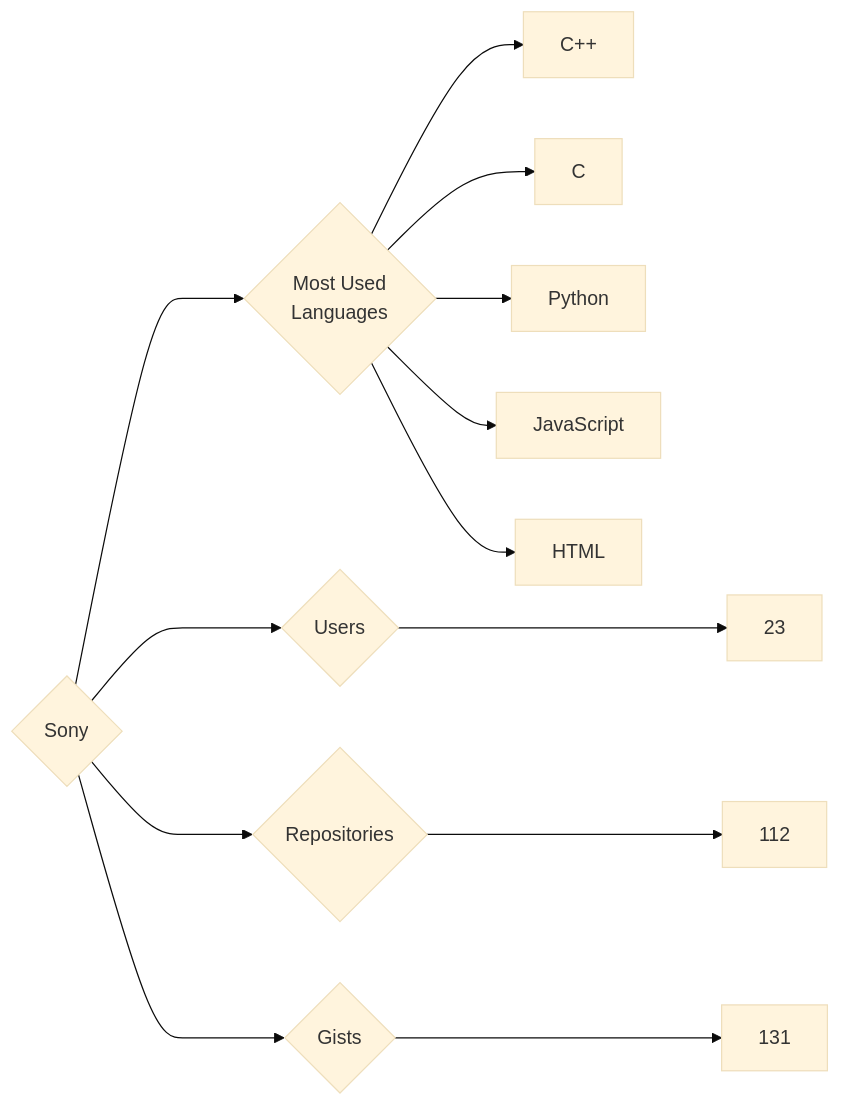
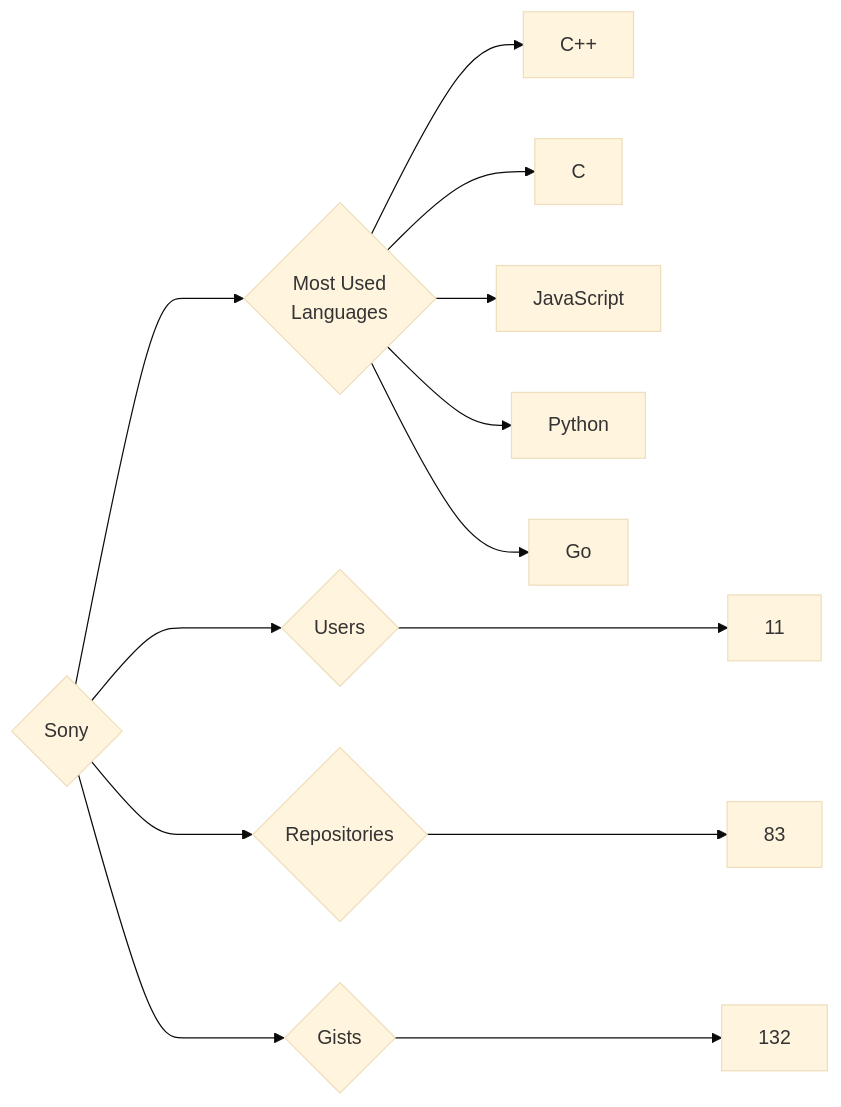
One commit to trickest/insiders changed the diagram in targets/Sony/README.md. Above: the diagram before and after it, drawn with Mermaid (base theme). The commit also changed 940 other files, not shown here.

````diff
--- a/targets/Sony/README.md
+++ b/targets/Sony/README.md
@@ -3,13 +3,13 @@
 ```mermaid
 graph LR
 COMPANY_NAME{Sony}
-COMPANY_NAME ---> U{Users} ---> UN[23]
-COMPANY_NAME ---> R{Repositories} ---> RN[112]
-COMPANY_NAME ---> G{Gists} ---> GN[131]
+COMPANY_NAME ---> U{Users} ---> UN[11]
+COMPANY_NAME ---> R{Repositories} ---> RN[83]
+COMPANY_NAME ---> G{Gists} ---> GN[132]
 COMPANY_NAME ---> ML{Most Used<br>Languages}
 ML --> C++[C++]
 ML --> C[C]
+ML --> JavaScript[JavaScript]
 ML --> Python[Python]
-ML --> JavaScript[JavaScript]
-ML --> HTML[HTML]
+ML --> Go[Go]
 ```
````
